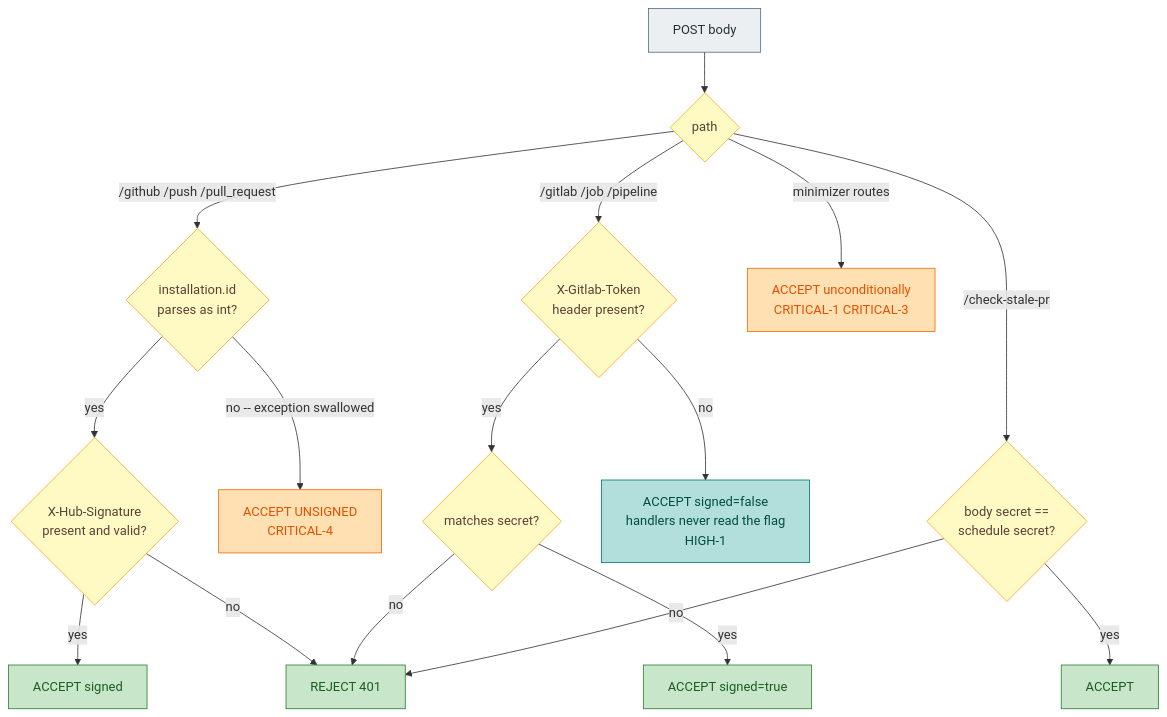
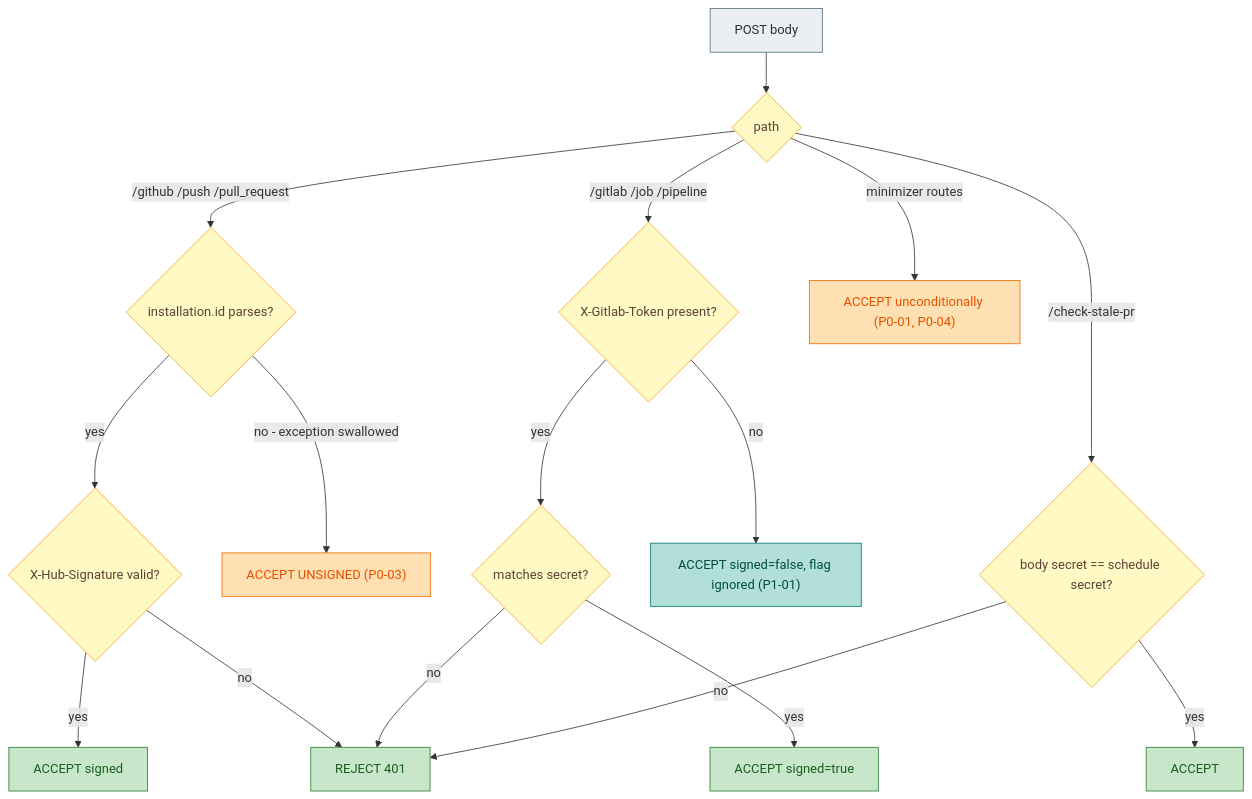
One commit to rocq-prover/bot changed the second of 11 diagrams in docs/security.md. Above: the diagram before and after it, drawn with Mermaid. The commit also changed other lines of this file and 1 other file, not shown here.

````diff
--- a/docs/security.md
+++ b/docs/security.md
@@ -298,34 +221,34 @@
 ```mermaid
 flowchart TD
   REQ["POST body"] --> P{"path"}
 
-  P --> |"/github /push /pull_request"| GHJ{"installation.id\nparses as int?"}
-  GHJ --> |"yes"| SIG{"X-Hub-Signature\npresent and valid?"}
+  P --> |"/github /push /pull_request"| GHJ{"installation.id parses?"}
+  GHJ --> |"yes"| SIG{"X-Hub-Signature valid?"}
   SIG --> |"yes"| OKS["ACCEPT signed"]
   SIG --> |"no"| REJ["REJECT 401"]
-  GHJ --> |"no -- exception swallowed"| OPEN1["ACCEPT UNSIGNED\nCRITICAL-4"]
+  GHJ --> |"no - exception swallowed"| OPEN1["ACCEPT UNSIGNED (P0-03)"]
 
-  P --> |"/gitlab /job /pipeline"| GLH{"X-Gitlab-Token\nheader present?"}
+  P --> |"/gitlab /job /pipeline"| GLH{"X-Gitlab-Token present?"}
   GLH --> |"yes"| GLC{"matches secret?"}
   GLC --> |"yes"| OKG["ACCEPT signed=true"]
   GLC --> |"no"| REJ
-  GLH --> |"no"| OPEN2["ACCEPT signed=false\nhandlers never read the flag\nHIGH-1"]
+  GLH --> |"no"| OPEN2["ACCEPT signed=false, flag ignored (P1-01)"]
 
-  P --> |"minimizer routes"| OPEN3["ACCEPT unconditionally\nCRITICAL-1 CRITICAL-3"]
+  P --> |"minimizer routes"| OPEN3["ACCEPT unconditionally (P0-01, P0-04)"]
 
-  P --> |"/check-stale-pr"| SEC{"body secret ==\nschedule secret?"}
+  P --> |"/check-stale-pr"| SEC{"body secret == schedule secret?"}
   SEC --> |"yes"| OKC["ACCEPT"]
   SEC --> |"no"| REJ
 
   classDef start fill:#eceff1,stroke:#546e7a,color:#263238
   classDef domain fill:#c8e6c9,stroke:#2e7d32,color:#1b5e20
   classDef transport fill:#ffe0b2,stroke:#ef6c00,color:#e65100
   classDef wiring fill:#b2dfdb,stroke:#00796b,color:#004d40
   classDef question fill:#fff9c4,stroke:#f9a825,color:#5d4037
 
   class REQ start
   class P,GHJ,SIG,GLH,GLC,SEC question
   class OKS,OKG,OKC,REJ domain
   class OPEN1,OPEN3 transport
   class OPEN2 wiring
 ```
````
